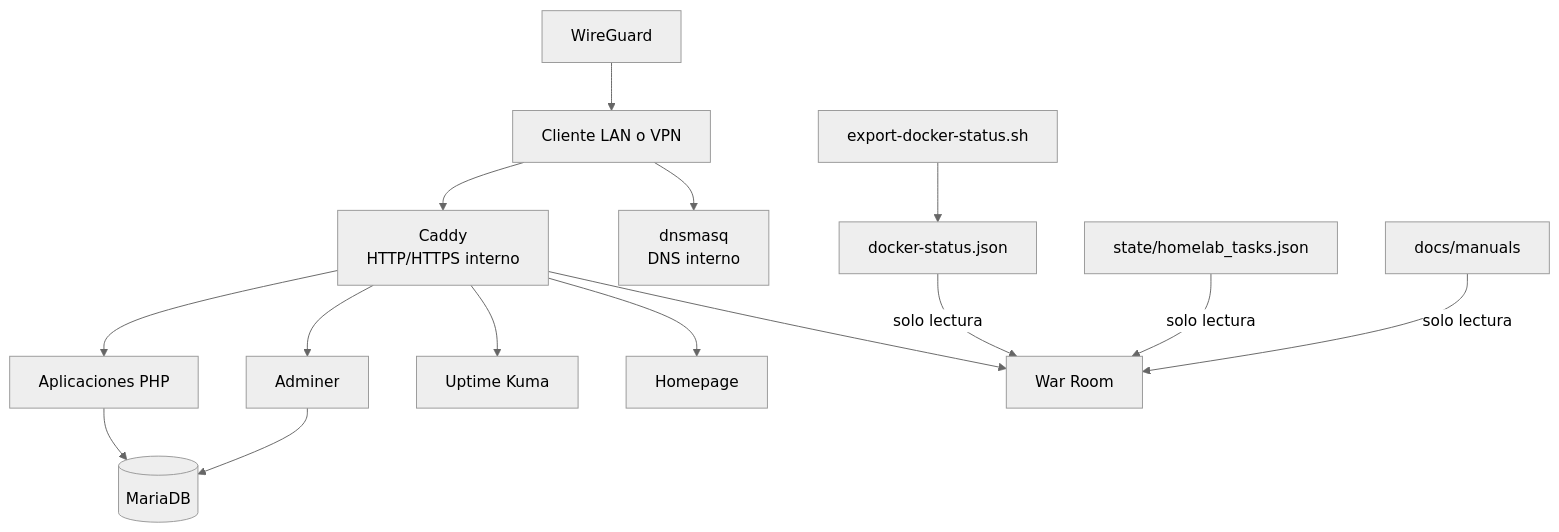
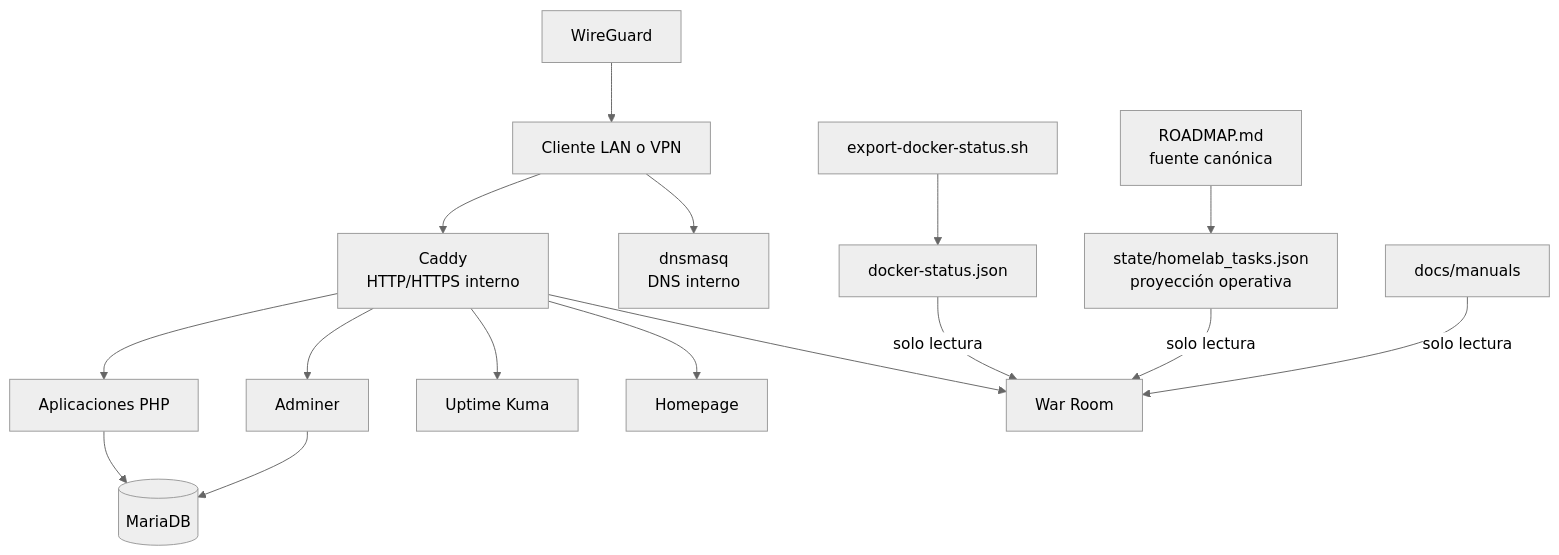
One commit to BasilioLagares/HomeLab changed the diagram in ARCHITECTURE.md. Above: the diagram before and after it, drawn with Mermaid (neutral theme). The commit also changed other lines of this file and 11 other files, not shown here.

````diff
--- a/ARCHITECTURE.md
+++ b/ARCHITECTURE.md
@@ -16,18 +16,19 @@
 ```mermaid
 flowchart TB
     Client[Cliente LAN o VPN] --> DNS[dnsmasq\nDNS interno]
     Client --> Caddy[Caddy\nHTTP/HTTPS interno]
     Caddy --> WarRoom[War Room]
     Caddy --> Homepage[Homepage]
     Caddy --> Kuma[Uptime Kuma]
     Caddy --> Adminer[Adminer]
     Caddy --> PhpApps[Aplicaciones PHP]
     Adminer --> MariaDB[(MariaDB)]
     PhpApps --> MariaDB
     VPN[WireGuard] --> Client
 
     HostExporter[export-docker-status.sh] --> Runtime[docker-status.json]
     Runtime -->|solo lectura| WarRoom
-    Tasks[state/homelab_tasks.json] -->|solo lectura| WarRoom
+    Roadmap[ROADMAP.md\nfuente canónica] --> Projection[state/homelab_tasks.json\nproyección operativa]
+    Projection -->|solo lectura| WarRoom
     Manuals[docs/manuals] -->|solo lectura| WarRoom
 ```
````
